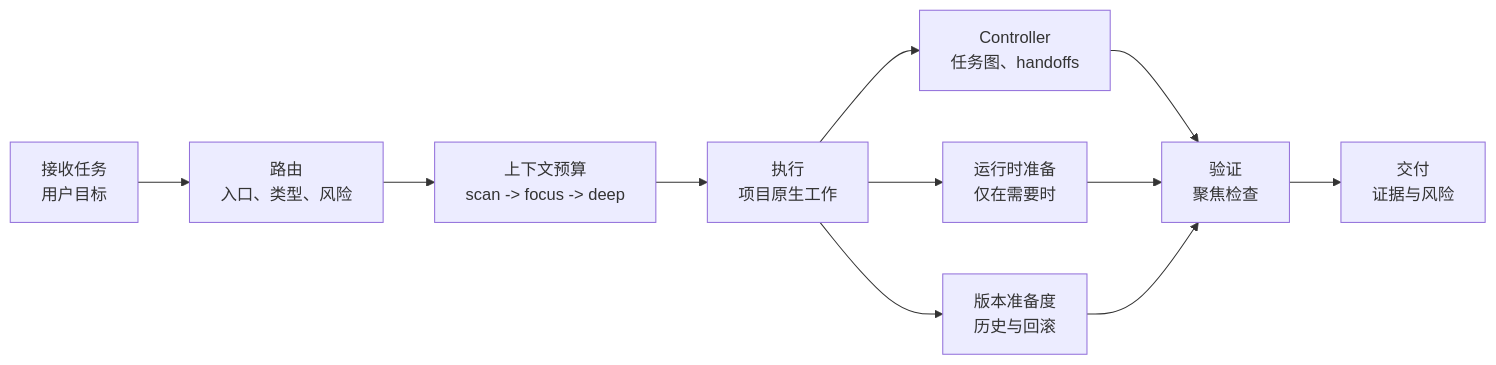
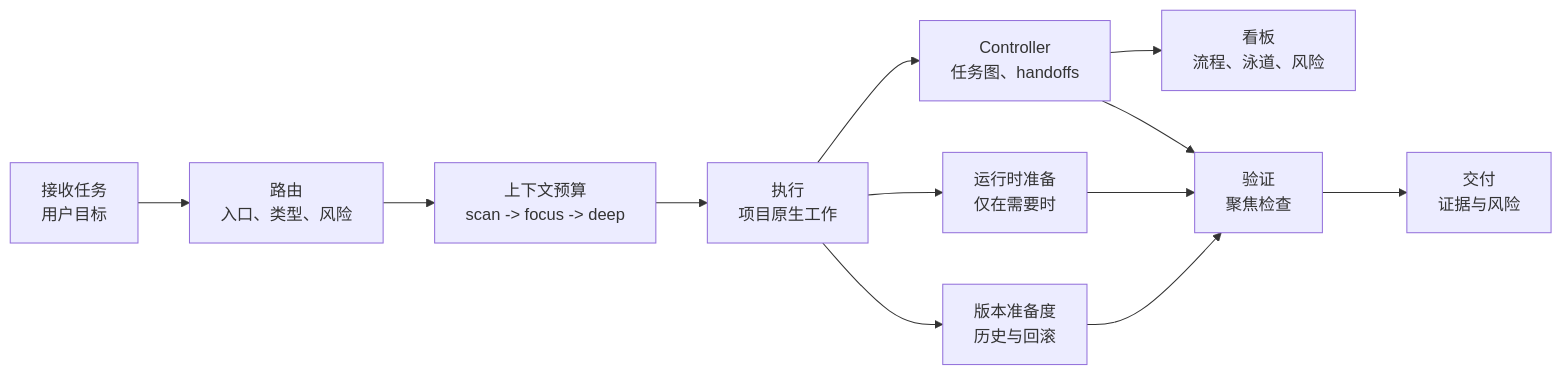
One commit to GnosiST/omyKit changed the diagram in README.zh-CN.md. Above: the diagram before and after it, drawn with Mermaid. The commit also changed other lines of this file and 12 other files, not shown here.

````diff
--- a/README.zh-CN.md
+++ b/README.zh-CN.md
@@ -34,13 +34,14 @@
 ```mermaid
 flowchart LR
     Intake["接收任务<br/>用户目标"] --> Route["路由<br/>入口、类型、风险"]
     Route --> Budget["上下文预算<br/>scan -> focus -> deep"]
     Budget --> Work["执行<br/>项目原生工作"]
     Work --> Controller["Controller<br/>任务图、handoffs"]
+    Controller --> Board["看板<br/>流程、泳道、风险"]
     Work --> Runtime["运行时准备<br/>仅在需要时"]
     Work --> Version["版本准备度<br/>历史与回滚"]
     Controller --> Verify["验证<br/>聚焦检查"]
     Runtime --> Verify["验证<br/>聚焦检查"]
     Version --> Verify
     Verify --> Deliver["交付<br/>证据与风险"]
 ```
````
